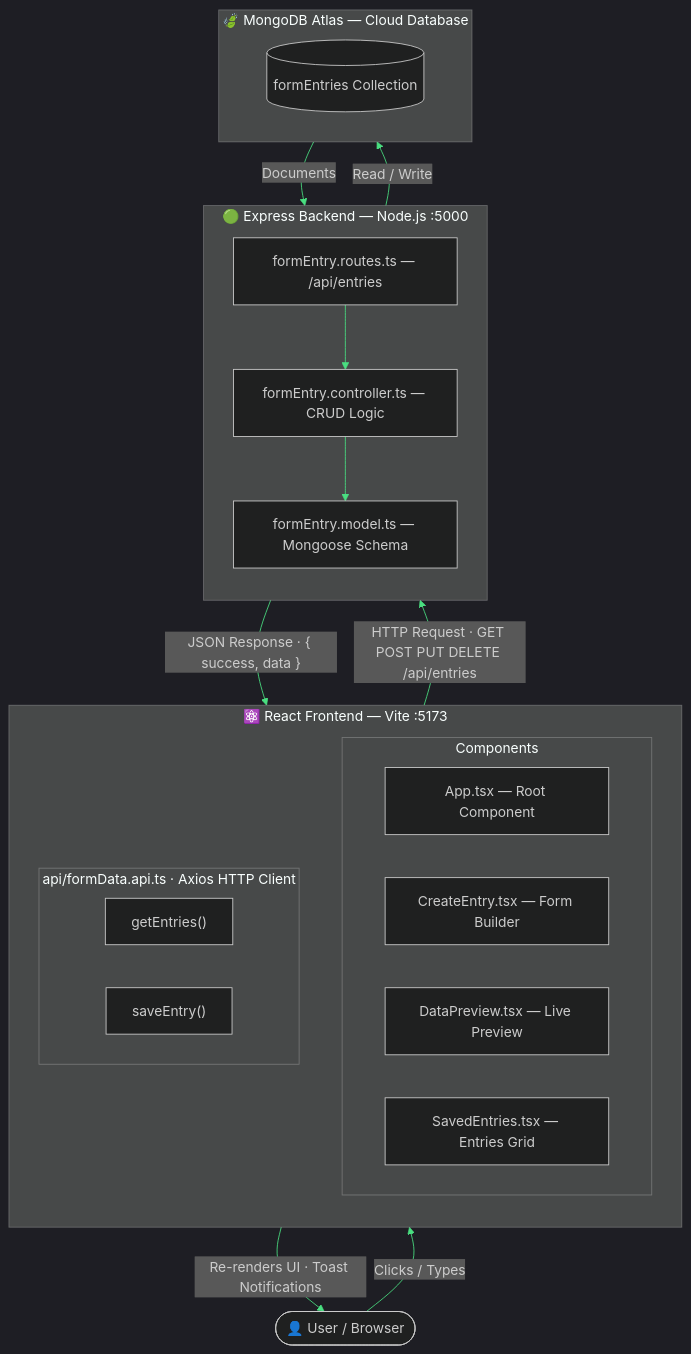
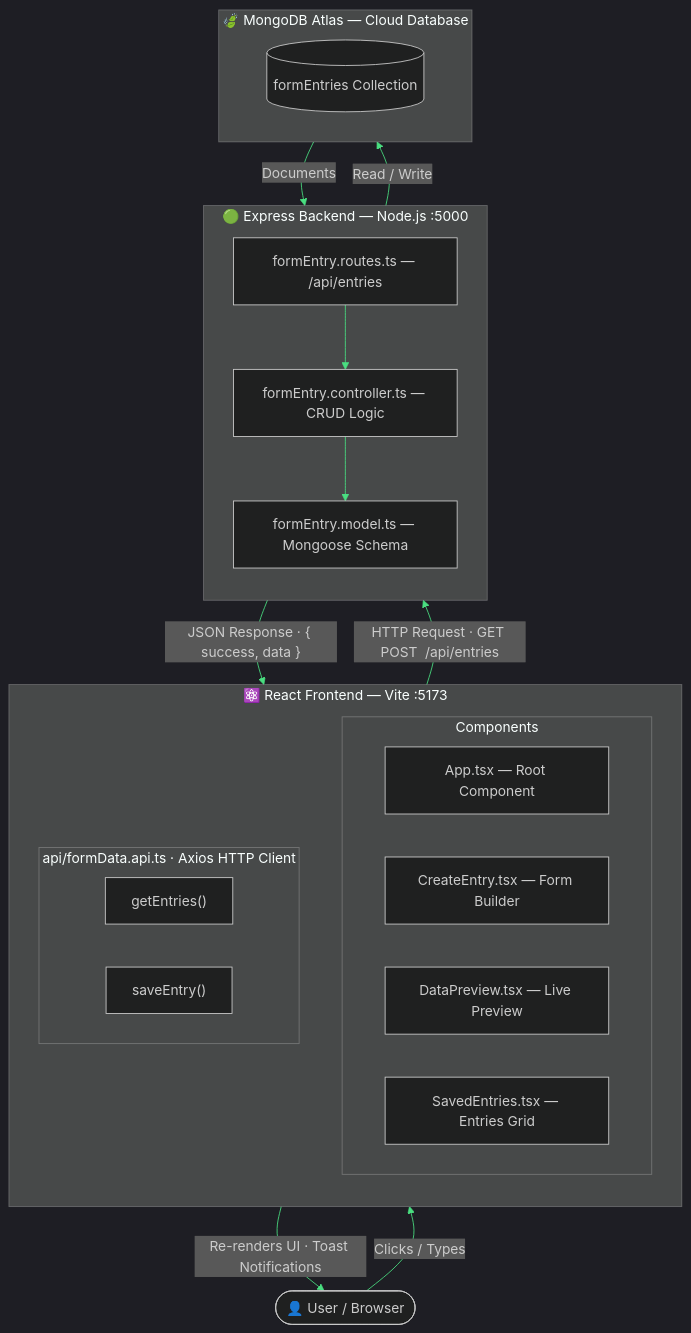
Before and after one commit to Abhay-Pratap200001/Supremus-Angel-Assessment: the first of 2 diagrams in README.md, drawn with Mermaid. The commit also changed other lines of this file, not shown here.

````diff
--- a/README.md
+++ b/README.md
@@ -265,40 +262,40 @@
 ```mermaid
 %%{init: {'theme': 'dark', 'themeVariables': {'primaryColor': '#166534', 'primaryTextColor': '#4ade80', 'primaryBorderColor': '#22c55e', 'lineColor': '#4ade80', 'secondaryColor': '#14532d', 'tertiaryColor': '#0d1a0d'}}}%%
 graph TD
     User(["👤 User / Browser"])
 
     User -->|"Clicks / Types"| FE
     FE -->|"Re-renders UI · Toast Notifications"| User
 
     subgraph FE["⚛️ React Frontend — Vite :5173"]
         direction TB
         subgraph COMP["Components"]
             APP["App.tsx — Root Component"]
             CE["CreateEntry.tsx — Form Builder"]
             DP["DataPreview.tsx — Live Preview"]
             SE["SavedEntries.tsx — Entries Grid"]
         end
         subgraph AXIOS["api/formData.api.ts · Axios HTTP Client"]
             GE["getEntries()"]
             SVE["saveEntry()"]
         end
     end
 
-    FE -->|"HTTP Request · GET POST PUT DELETE /api/entries"| BE
+    FE -->|"HTTP Request · GET POST  /api/entries"| BE
     BE -->|"JSON Response · { success, data }"| FE
 
     subgraph BE["🟢 Express Backend — Node.js :5000"]
         direction TB
         RT["formEntry.routes.ts — /api/entries"]
         CT["formEntry.controller.ts — CRUD Logic"]
         MD["formEntry.model.ts — Mongoose Schema"]
         RT --> CT --> MD
     end
 
     MD -->|"Read / Write"| DB
     DB -->|"Documents"| MD
 
     subgraph DB["🍃 MongoDB Atlas — Cloud Database"]
         COL[("formEntries Collection")]
     end
 ```
````
